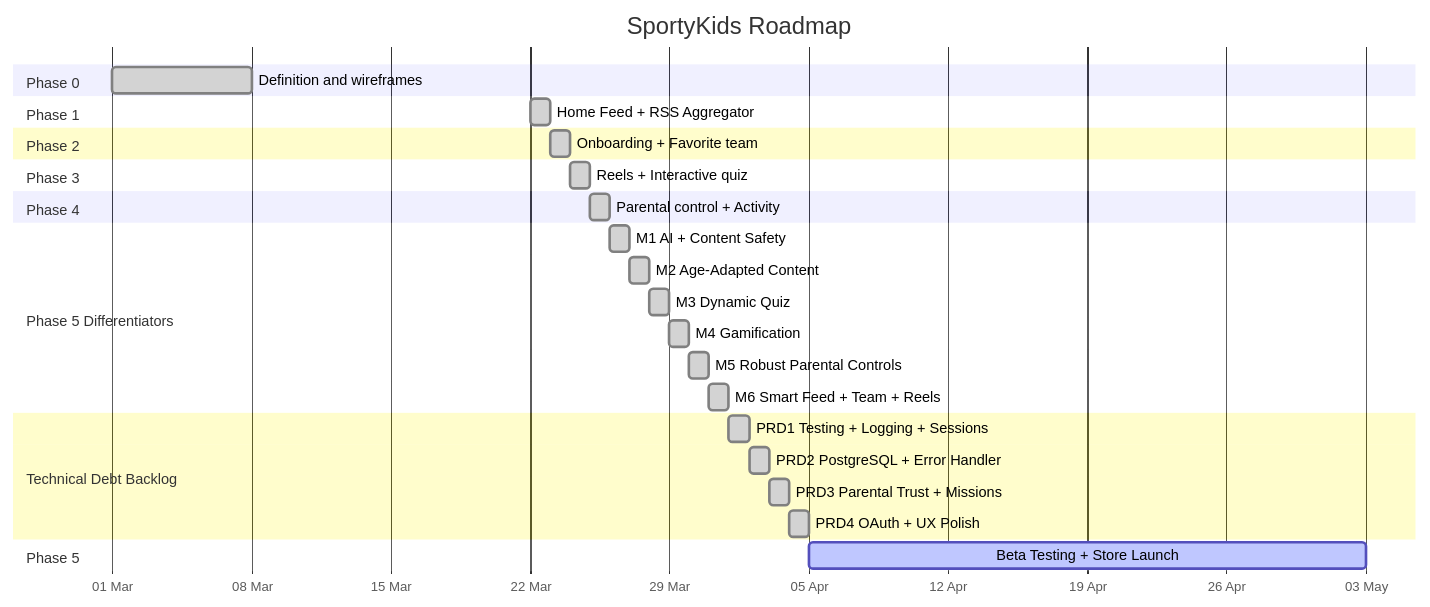
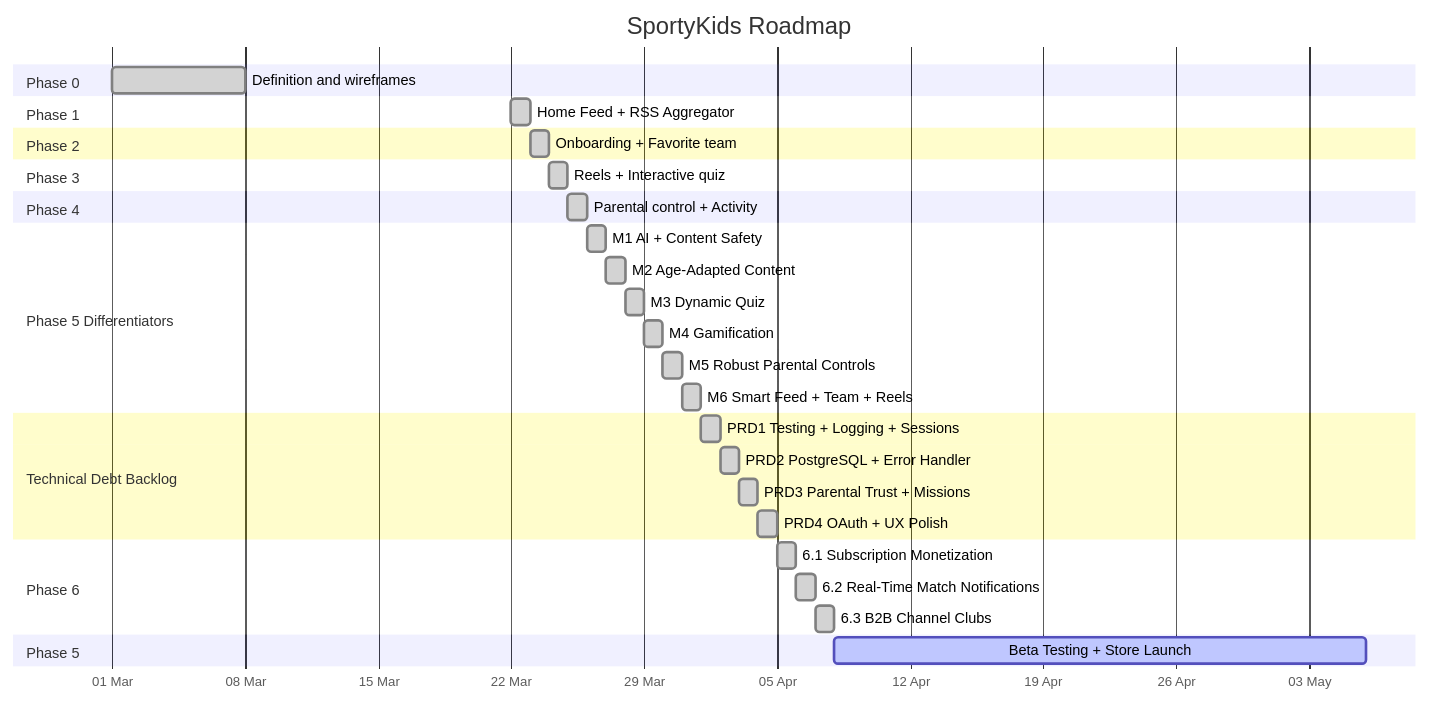
One commit to durdy48/SportyKids changed the diagram in docs/en/10-roadmap-and-decisions.md. Above: the diagram before and after it, drawn with Mermaid. The commit also changed 86 other files, not shown here.

First line of the commit message:
feat: Phase 6 — Post-Launch Growth (Subscription, Live Scores, B2B Organizations)

````diff
--- a/docs/en/10-roadmap-and-decisions.md
+++ b/docs/en/10-roadmap-and-decisions.md
@@ -5,38 +5,43 @@
 ```mermaid
 gantt
     title SportyKids Roadmap
     dateFormat YYYY-MM-DD
     axisFormat %d %b
 
     section Phase 0
     Definition and wireframes       :done, f0, 2026-03-01, 7d
 
     section Phase 1
     Home Feed + RSS Aggregator      :done, f1, 2026-03-22, 1d
 
     section Phase 2
     Onboarding + Favorite team      :done, f2, after f1, 1d
 
     section Phase 3
     Reels + Interactive quiz        :done, f3, after f2, 1d
 
     section Phase 4
     Parental control + Activity     :done, f4, after f3, 1d
 
     section Phase 5 Differentiators
     M1 AI + Content Safety          :done, m1, after f4, 1d
     M2 Age-Adapted Content          :done, m2, after m1, 1d
     M3 Dynamic Quiz                 :done, m3, after m2, 1d
     M4 Gamification                 :done, m4, after m3, 1d
     M5 Robust Parental Controls     :done, m5, after m4, 1d
     M6 Smart Feed + Team + Reels    :done, m6, after m5, 1d
 
     section Technical Debt Backlog
     PRD1 Testing + Logging + Sessions :done, td1, after m6, 1d
     PRD2 PostgreSQL + Error Handler   :done, td2, after td1, 1d
     PRD3 Parental Trust + Missions    :done, td3, after td2, 1d
     PRD4 OAuth + UX Polish            :done, td4, after td3, 1d
 
+    section Phase 6
+    6.1 Subscription Monetization   :done, p61, after td4, 1d
+    6.2 Real-Time Match Notifications :done, p62, after p61, 1d
+    6.3 B2B Channel Clubs            :done, p63, after p62, 1d
+
     section Phase 5
-    Beta Testing + Store Launch     :active, f5, after td4, 28d
+    Beta Testing + Store Launch     :active, f5, after p63, 28d
 ```
````
